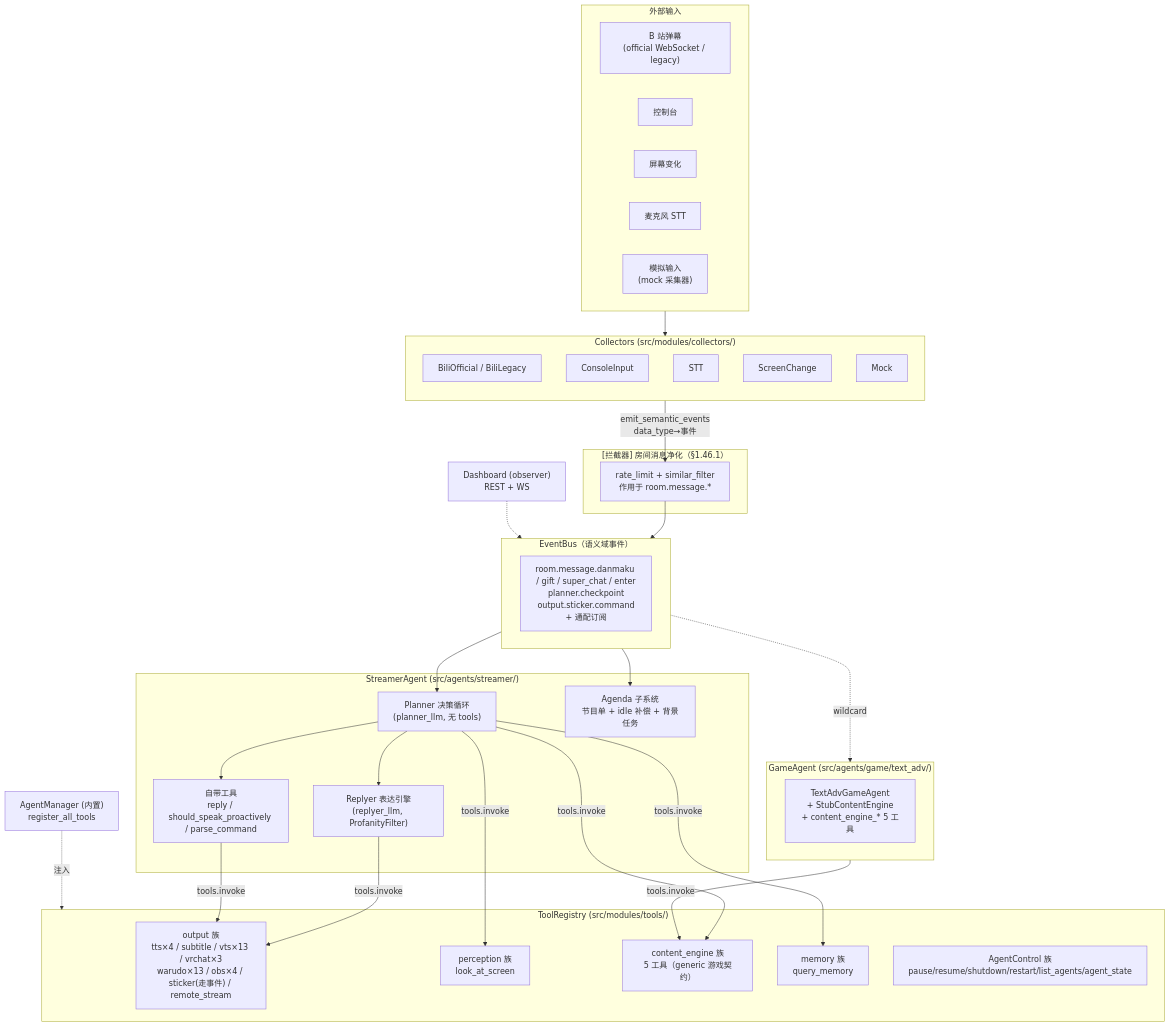
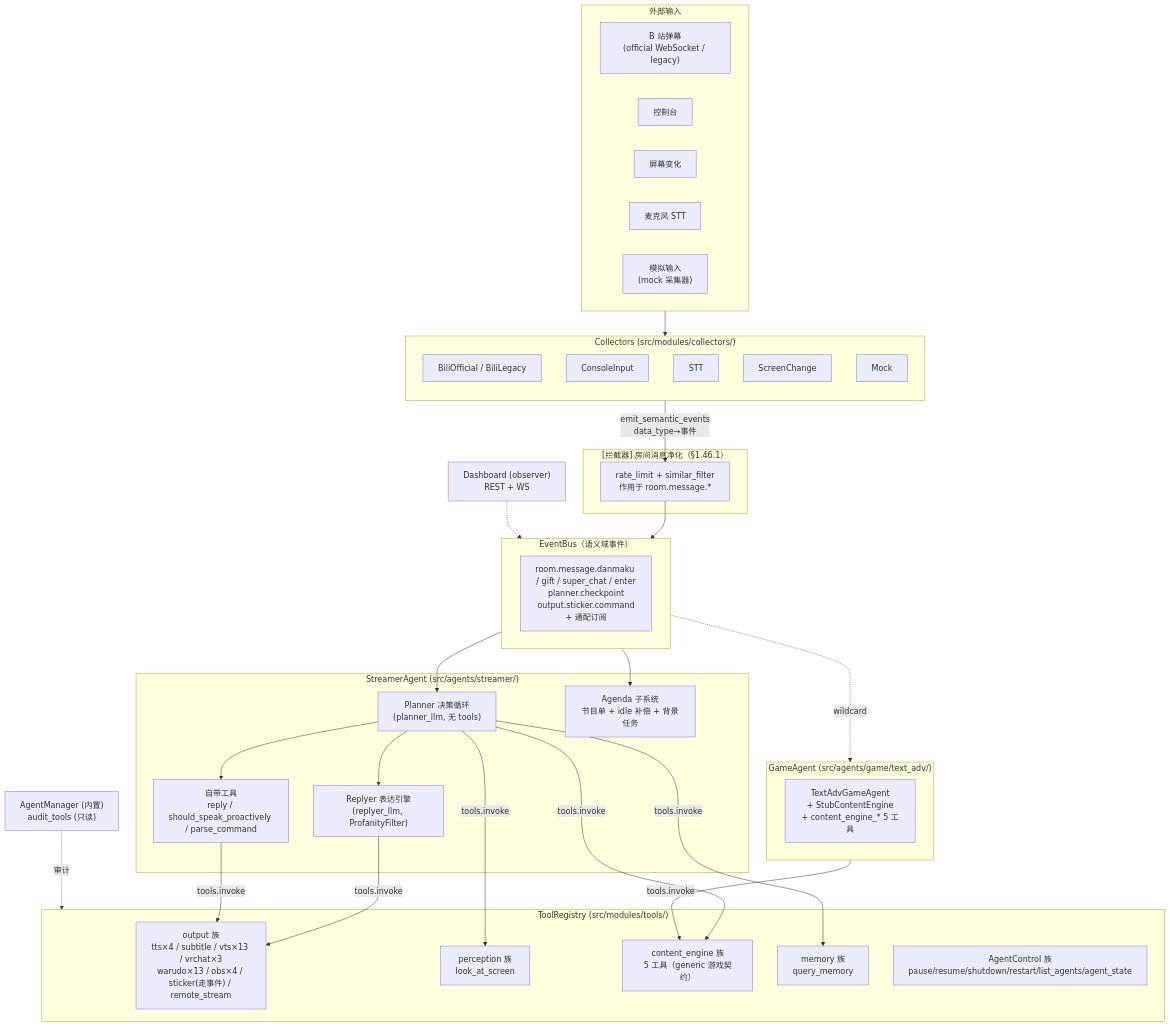
One commit to Mai-with-u/Amaidesu changed the first of 3 diagrams in docs/architecture/overview.md. Above: the diagram before and after it, drawn with Mermaid. The commit also changed other lines of this file and 15 other files, not shown here.

````diff
--- a/docs/architecture/overview.md
+++ b/docs/architecture/overview.md
@@ -9,63 +9,63 @@
 ```mermaid
 flowchart TB
     subgraph Ext["外部输入"]
         Bili["B 站弹幕<br/>(official WebSocket / legacy)"]
         Cons["控制台"]
         Screen["屏幕变化"]
         Mic["麦克风 STT"]
         Mock["模拟输入<br/>(mock 采集器)"]
     end
 
     subgraph Collectors["Collectors (src/modules/collectors/)"]
         direction TB
         CBili["BiliOfficial / BiliLegacy"]
         CCons["ConsoleInput"]
         CMic["STT"]
         CScreen["ScreenChange"]
         CMock["Mock"]
     end
 
     subgraph Interceptors["[拦截器] 房间消息净化（§1.46.1）"]
         INT["rate_limit + similar_filter<br/>作用于 room.message.*"]
     end
 
     subgraph Bus["EventBus（语义域事件）"]
         EB["room.message.danmaku / gift / super_chat / enter<br/>planner.checkpoint<br/>output.sticker.command<br/>+ 通配订阅"]
     end
 
     subgraph Streamer["StreamerAgent (src/agents/streamer/)"]
         Planner["Planner 决策循环<br/>(planner_llm, 无 tools)"]
         Reply["Replyer 表达引擎<br/>(replyer_llm, ProfanityFilter)"]
         Agenda["Agenda 子系统<br/>节目单 + idle 补偿 + 背景任务"]
         Tools["自带工具<br/>reply / should_speak_proactively / parse_command"]
     end
 
     subgraph Game["GameAgent (src/agents/game/text_adv/)"]
         TextAdv["TextAdvGameAgent<br/>+ StubContentEngine<br/>+ content_engine_* 5 工具"]
     end
 
     subgraph Registry["ToolRegistry (src/modules/tools/)"]
         Out["output 族<br/>tts×4 / subtitle / vts×13 / vrchat×3<br/>warudo×13 / obs×4 / sticker(走事件) / remote_stream"]
         Per["perception 族<br/>look_at_screen"]
         CE["content_engine 族<br/>5 工具（generic 游戏契约）"]
         Mem["memory 族<br/>query_memory"]
         Ctrl["AgentControl 族<br/>pause/resume/shutdown/restart/list_agents/agent_state"]
     end
 
     Ext --> Collectors
     Collectors -->|"emit_semantic_events<br/>data_type→事件"| INT
     INT --> Bus
     Bus --> Planner
     Bus --> Agenda
     Planner --> Reply
     Planner --> Tools
     Reply -->|tools.invoke| Out
     Tools -->|tools.invoke| Out
     Planner -->|tools.invoke| CE
     Planner -->|tools.invoke| Per
     Planner -->|tools.invoke| Mem
     Bus -.->|wildcard| Game
     Game -->|tools.invoke| CE
-    Manager["AgentManager (内置)<br/>register_all_tools"] -.->|注入| Registry
+    Manager["AgentManager (内置)<br/>audit_tools (只读)"] -.->|审计| Registry
     Dashboard["Dashboard (observer)<br/>REST + WS"] -.-> Bus
 ```
````
